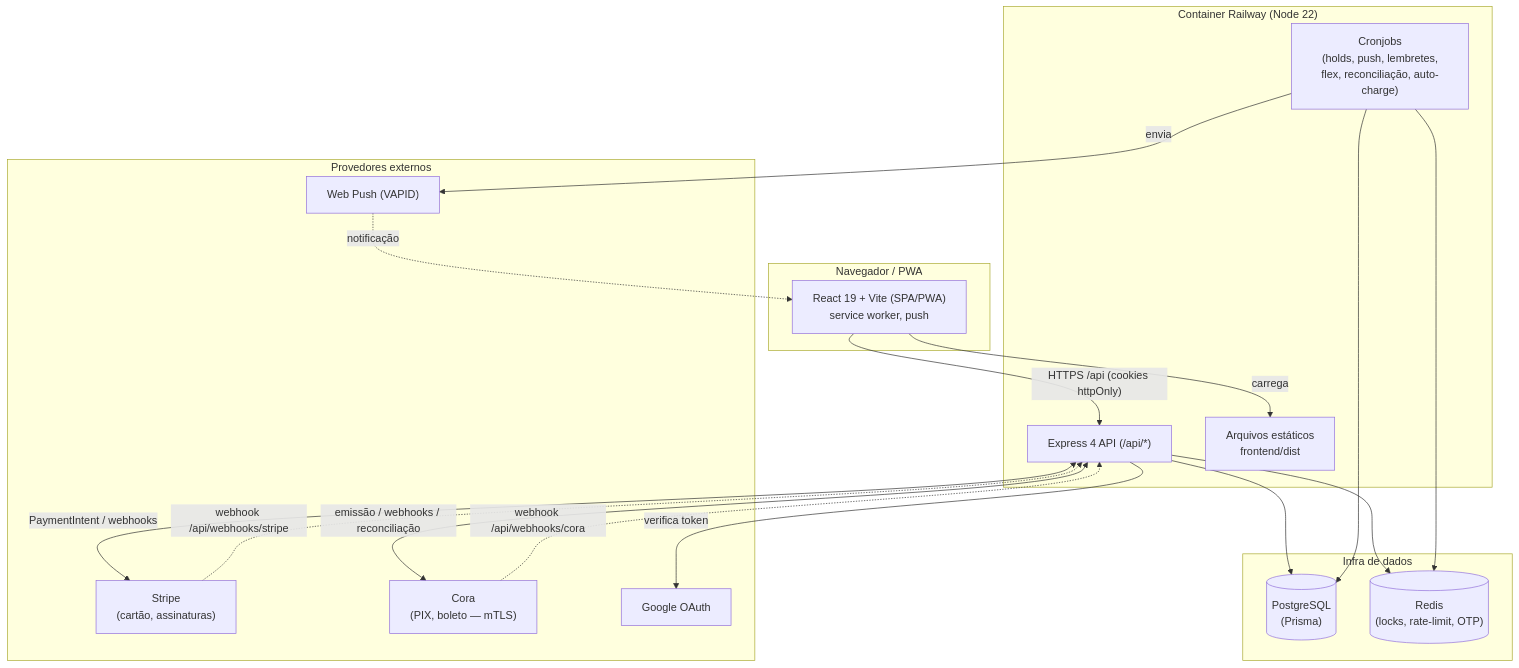
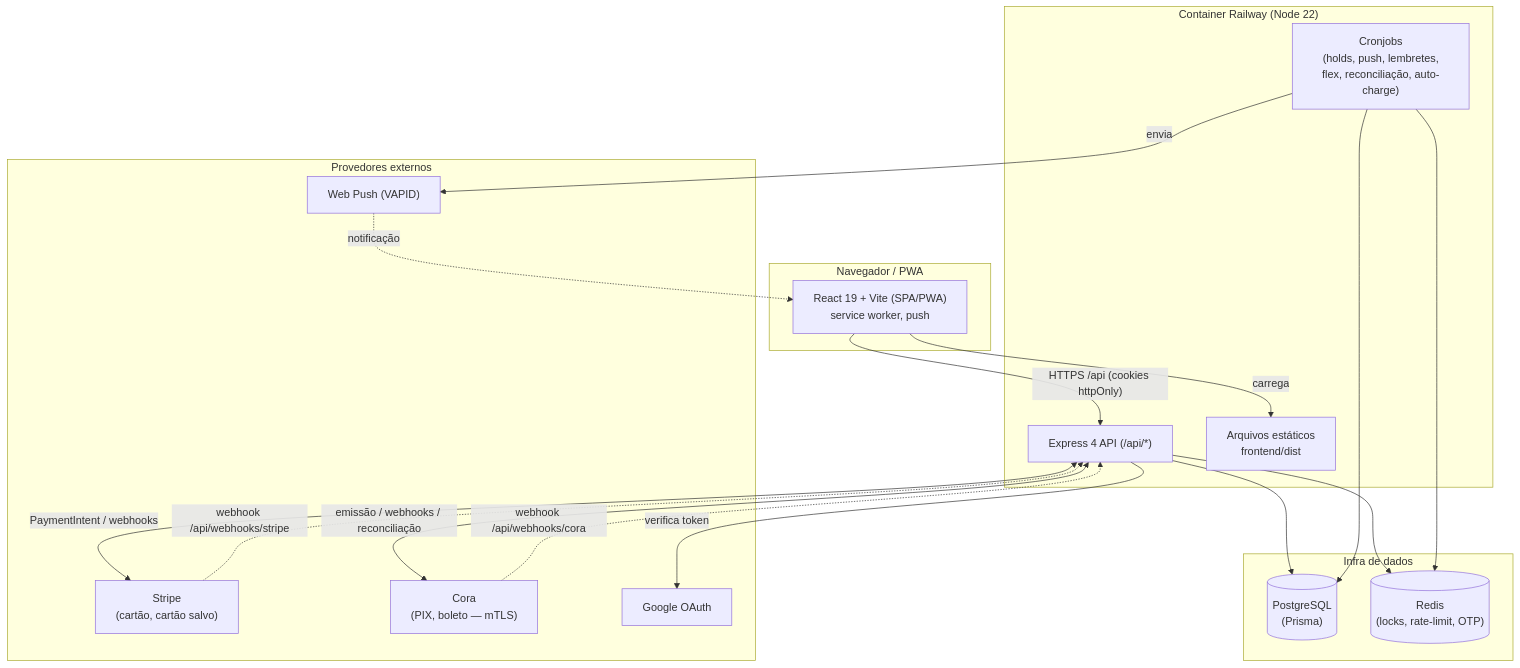
One commit to andreluisfcpn/agenda-estudio changed the diagram in docs/tecnico/arquitetura.md. Above: the diagram before and after it, drawn with Mermaid. The commit also changed other lines of this file and 178 other files, not shown here.

````diff
--- a/docs/tecnico/arquitetura.md
+++ b/docs/tecnico/arquitetura.md
@@ -14,38 +14,38 @@
 ```mermaid
 flowchart TB
     subgraph Cliente["Navegador / PWA"]
         FE["React 19 + Vite (SPA/PWA)<br/>service worker, push"]
     end
 
     subgraph Container["Container Railway (Node 22)"]
         API["Express 4 API (/api/*)"]
         STATIC["Arquivos estáticos<br/>frontend/dist"]
         JOBS["Cronjobs<br/>(holds, push, lembretes,<br/>flex, reconciliação, auto-charge)"]
     end
 
     subgraph Dados["Infra de dados"]
         PG[("PostgreSQL<br/>(Prisma)")]
         RD[("Redis<br/>(locks, rate-limit, OTP)")]
     end
 
     subgraph Externos["Provedores externos"]
-        ST["Stripe<br/>(cartão, assinaturas)"]
+        ST["Stripe<br/>(cartão, cartão salvo)"]
         CO["Cora<br/>(PIX, boleto — mTLS)"]
         GO["Google OAuth"]
         WP["Web Push (VAPID)"]
     end
 
     FE -->|"HTTPS /api (cookies httpOnly)"| API
     FE -->|carrega| STATIC
     API --> PG
     API --> RD
     JOBS --> PG
     JOBS --> RD
     API <-->|PaymentIntent / webhooks| ST
     API <-->|emissão / webhooks / reconciliação| CO
     API -->|verifica token| GO
     JOBS -->|envia| WP
     WP -.->|notificação| FE
     ST -.->|webhook /api/webhooks/stripe| API
     CO -.->|webhook /api/webhooks/cora| API
 ```
````
